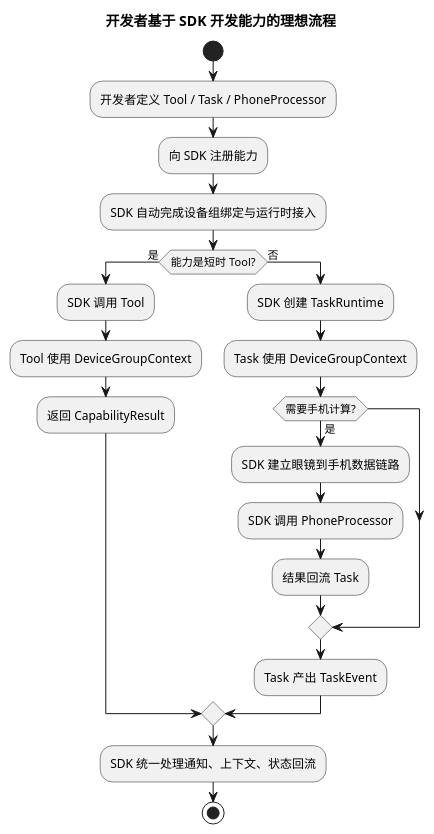
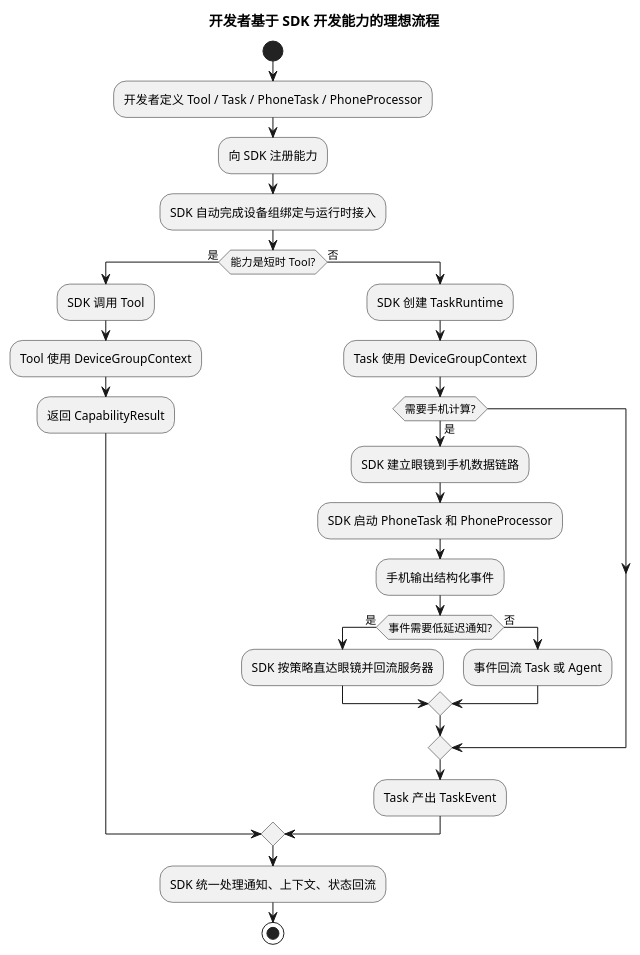
The diagram in doc/sdk-design/开发者如何基于SDK完成一期与设想功能开发.md (HengeLiu/RealtimeAgent), drawn with PlantUML before and after one commit. The commit also changed other lines of this file and 8 other files, not shown here.

````diff
--- a/doc/sdk-design/开发者如何基于SDK完成一期与设想功能开发.md
+++ b/doc/sdk-design/开发者如何基于SDK完成一期与设想功能开发.md
@@ -811,28 +985,33 @@
 ```plantuml
 @startuml
 title 开发者基于 SDK 开发能力的理想流程
 
 start
-:开发者定义 Tool / Task / PhoneProcessor;
+:开发者定义 Tool / Task / PhoneTask / PhoneProcessor;
 :向 SDK 注册能力;
 :SDK 自动完成设备组绑定与运行时接入;
 
 if (能力是短时 Tool?) then (是)
   :SDK 调用 Tool;
   :Tool 使用 DeviceGroupContext;
   :返回 CapabilityResult;
 else (否)
   :SDK 创建 TaskRuntime;
   :Task 使用 DeviceGroupContext;
   if (需要手机计算?) then (是)
     :SDK 建立眼镜到手机数据链路;
-    :SDK 调用 PhoneProcessor;
-    :结果回流 Task;
+    :SDK 启动 PhoneTask 和 PhoneProcessor;
+    :手机输出结构化事件;
+    if (事件需要低延迟通知?) then (是)
+      :SDK 按策略直达眼镜并回流服务器;
+    else (否)
+      :事件回流 Task 或 Agent;
+    endif
   endif
   :Task 产出 TaskEvent;
 endif
 
 :SDK 统一处理通知、上下文、状态回流;
 stop
 @enduml
 ```
````
